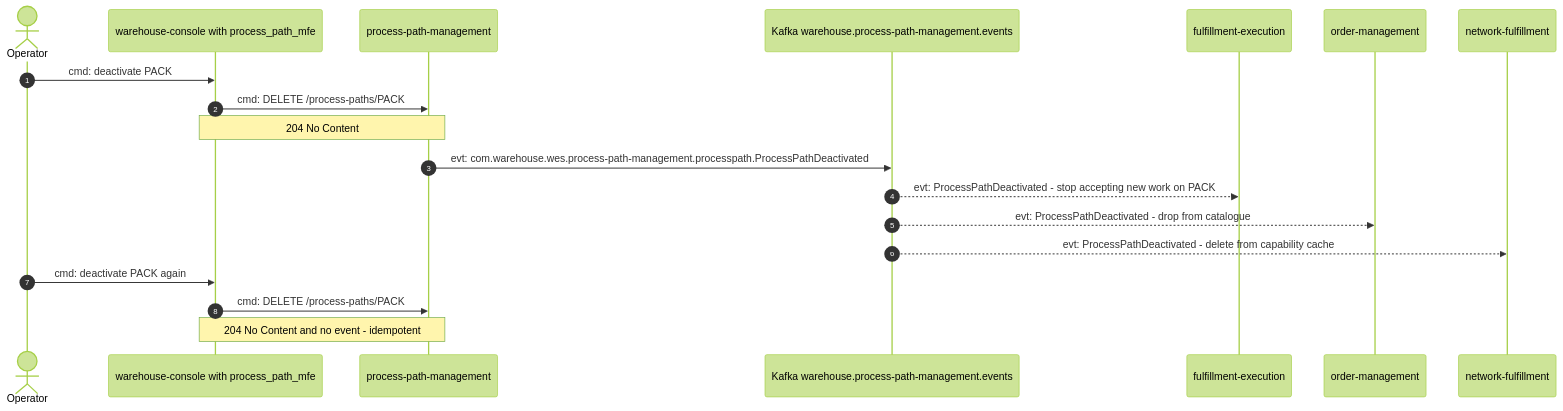
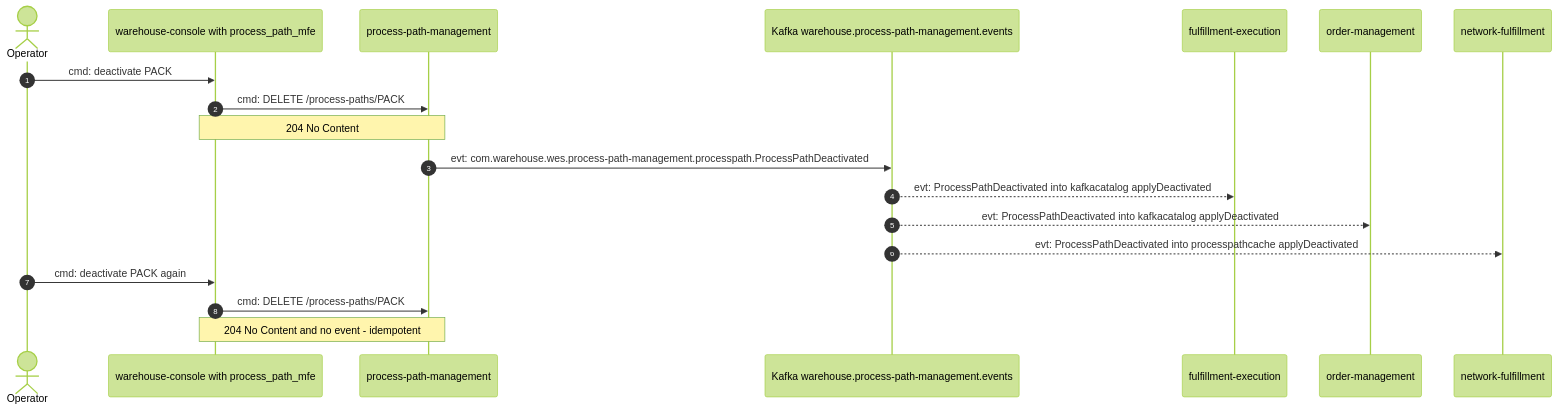
One commit to IQVO/process-path-management changed the second of 4 diagrams in docs/docs/ddd/domain-message-flow.md. Above: the diagram before and after it, drawn with Mermaid (forest theme). The commit also changed other lines of this file and 3 other files, not shown here.

````diff
--- a/docs/docs/ddd/domain-message-flow.md
+++ b/docs/docs/ddd/domain-message-flow.md
@@ -54,22 +54,22 @@
 ```mermaid
 sequenceDiagram
     autonumber
     actor Op as Operator
     participant UI as warehouse-console with process_path_mfe
     participant PPM as process-path-management
     participant T as Kafka warehouse.process-path-management.events
     participant FE as fulfillment-execution
     participant OM as order-management
     participant NF as network-fulfillment
 
     Op->>UI: cmd: deactivate PACK
     UI->>PPM: cmd: DELETE /process-paths/PACK
     Note over UI,PPM: 204 No Content
     PPM->>T: evt: com.warehouse.wes.process-path-management.processpath.ProcessPathDeactivated
-    T-->>FE: evt: ProcessPathDeactivated - stop accepting new work on PACK
-    T-->>OM: evt: ProcessPathDeactivated - drop from catalogue
-    T-->>NF: evt: ProcessPathDeactivated - delete from capability cache
+    T-->>FE: evt: ProcessPathDeactivated into kafkacatalog applyDeactivated
+    T-->>OM: evt: ProcessPathDeactivated into kafkacatalog applyDeactivated
+    T-->>NF: evt: ProcessPathDeactivated into processpathcache applyDeactivated
     Op->>UI: cmd: deactivate PACK again
     UI->>PPM: cmd: DELETE /process-paths/PACK
     Note over UI,PPM: 204 No Content and no event - idempotent
 ```
````
